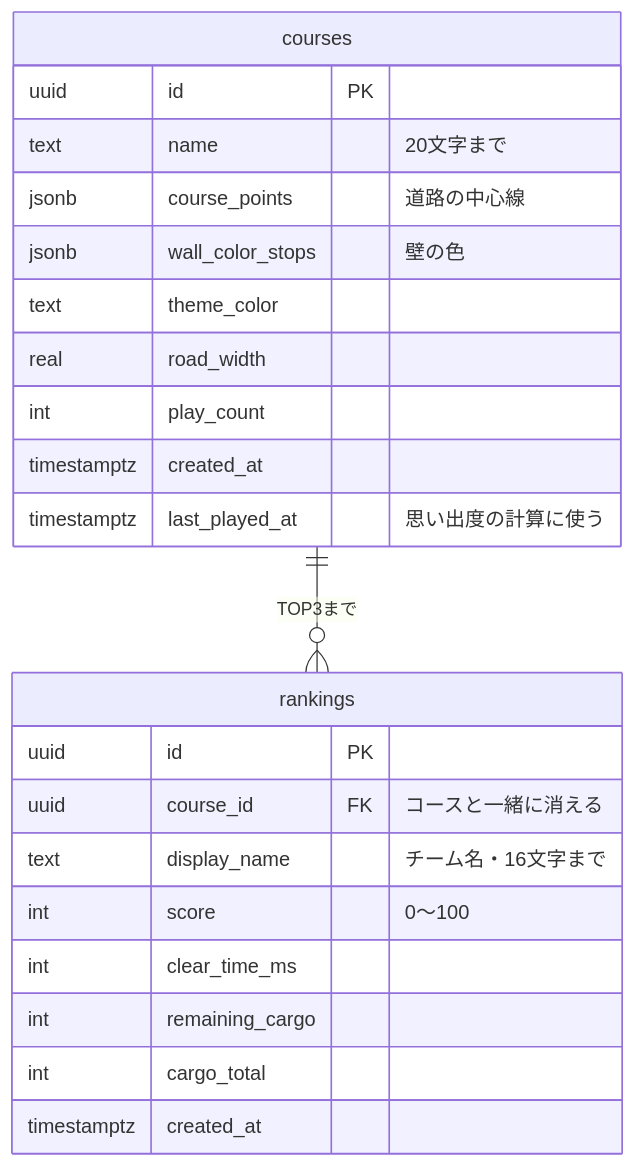
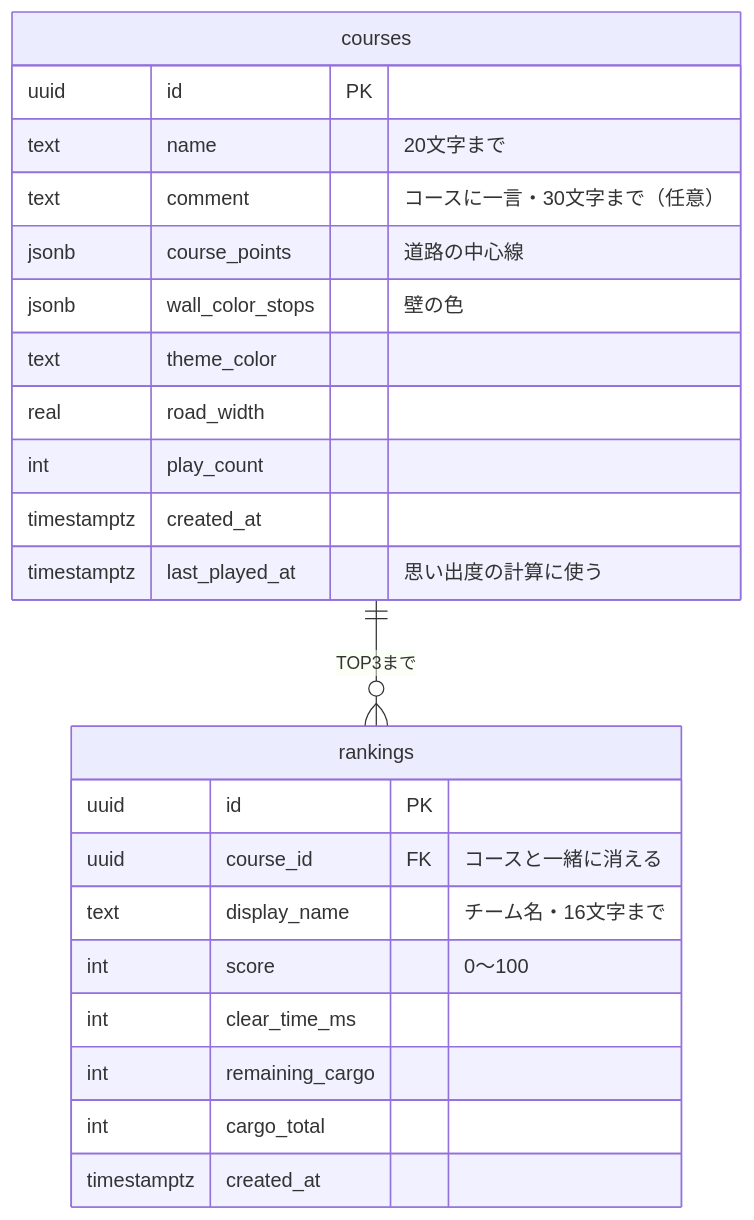
Before and after one commit to jphacks/tkb_2620: the diagram in README.md, drawn with Mermaid. The commit also changed other lines of this file and 9 other files, not shown here.

````diff
--- a/README.md
+++ b/README.md
@@ -197,25 +199,26 @@
 ```mermaid
 erDiagram
     courses ||--o{ rankings : "TOP3まで"
     courses {
         uuid id PK
         text name "20文字まで"
+        text comment "コースに一言・30文字まで（任意）"
         jsonb course_points "道路の中心線"
         jsonb wall_color_stops "壁の色"
         text theme_color
         real road_width
         int play_count
         timestamptz created_at
         timestamptz last_played_at "思い出度の計算に使う"
     }
     rankings {
         uuid id PK
         uuid course_id FK "コースと一緒に消える"
         text display_name "チーム名・16文字まで"
         int score "0〜100"
         int clear_time_ms
         int remaining_cargo
         int cargo_total
         timestamptz created_at
     }
 ```
````
